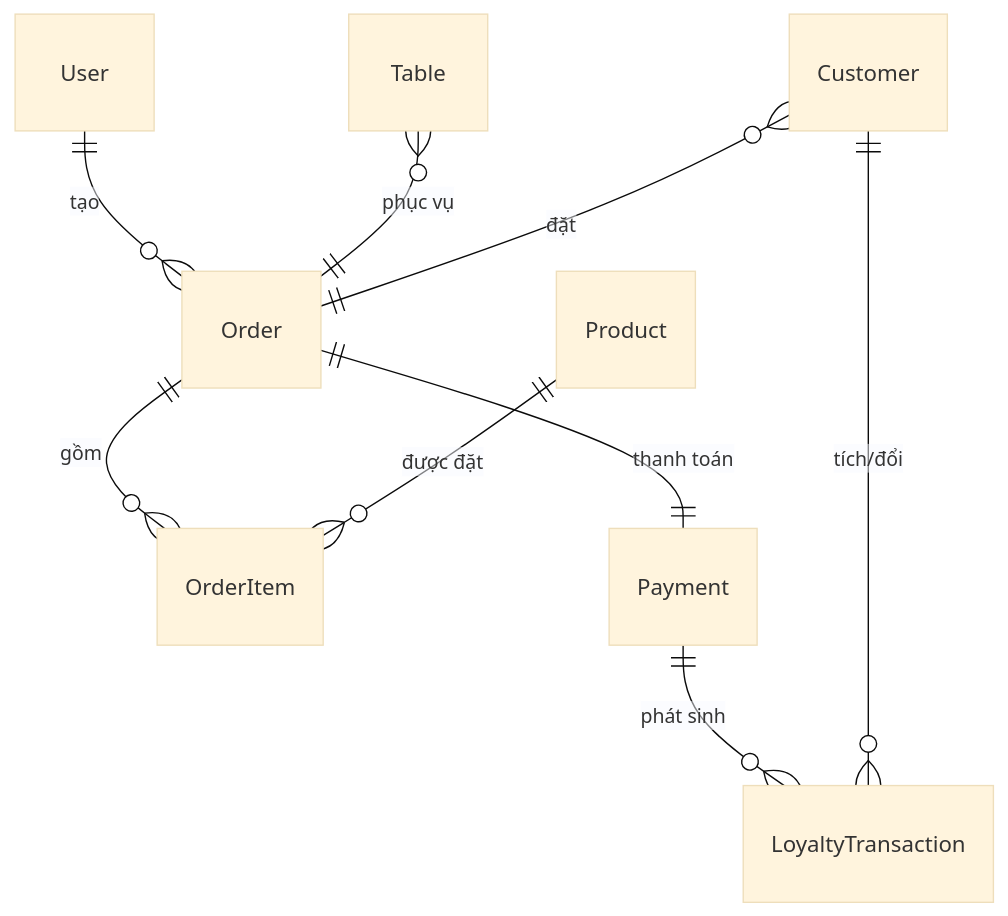
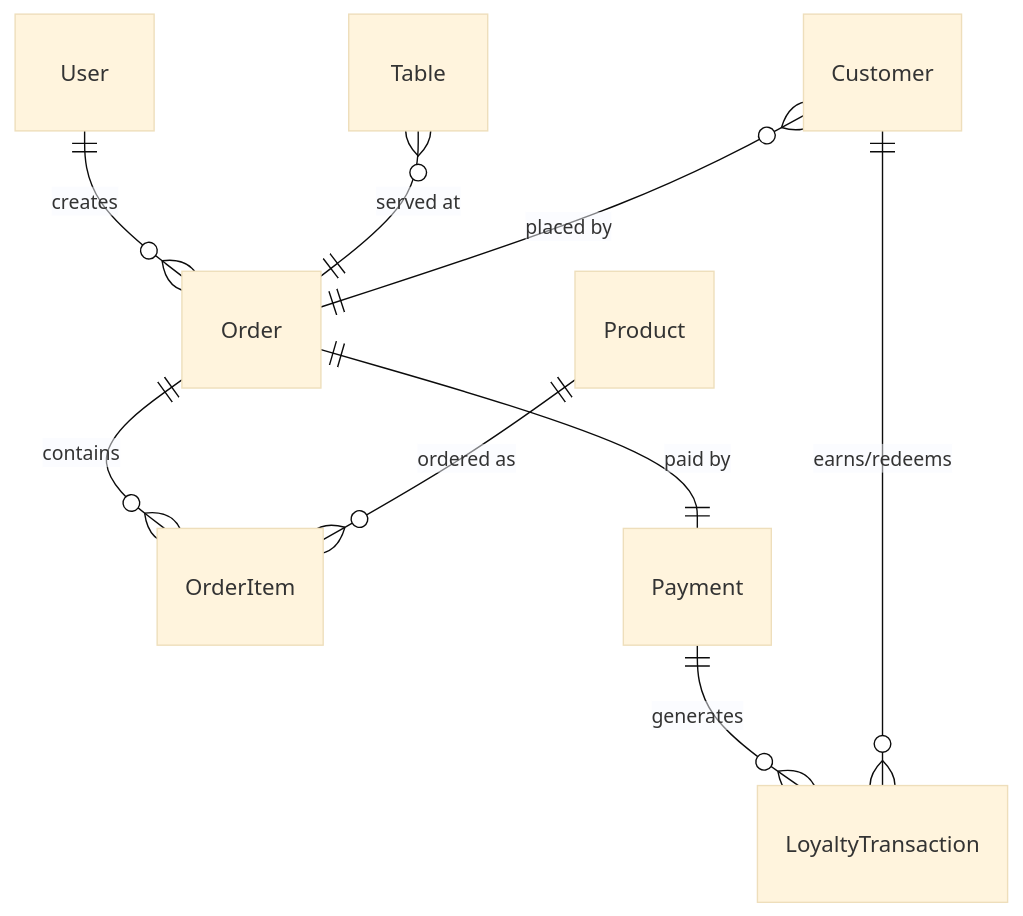
The second of 3 diagrams in docs/erd.md (callmehai/Cafe-Shop-Management-System), drawn with Mermaid (base theme) before and after one commit. The commit also changed other lines of this file, not shown here.

Commit message:
docs: add Mermaid ER diagram documentation for system schema

````diff
--- a/docs/erd.md
+++ b/docs/erd.md
@@ -176,11 +176,11 @@
 ```mermaid
 erDiagram
-    User ||--o{ Order : "tạo"
-    Table }o--|| Order : "phục vụ"
-    Customer }o--|| Order : "đặt"
-    Order ||--o{ OrderItem : "gồm"
-    Product ||--o{ OrderItem : "được đặt"
-    Order ||--|| Payment : "thanh toán"
-    Payment ||--o{ LoyaltyTransaction : "phát sinh"
-    Customer ||--o{ LoyaltyTransaction : "tích/đổi"
+    User ||--o{ Order : "creates"
+    Table }o--|| Order : "served at"
+    Customer }o--|| Order : "placed by"
+    Order ||--o{ OrderItem : "contains"
+    Product ||--o{ OrderItem : "ordered as"
+    Order ||--|| Payment : "paid by"
+    Payment ||--o{ LoyaltyTransaction : "generates"
+    Customer ||--o{ LoyaltyTransaction : "earns/redeems"
 ```
````
